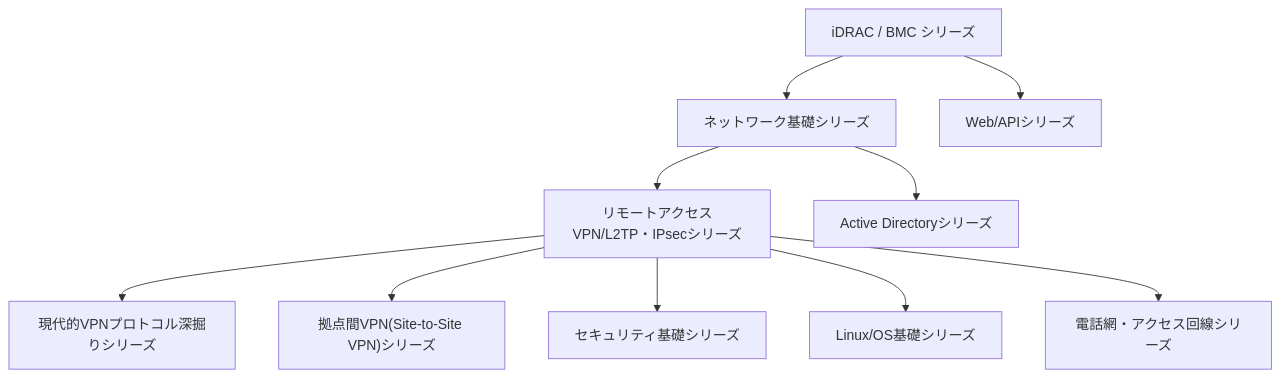
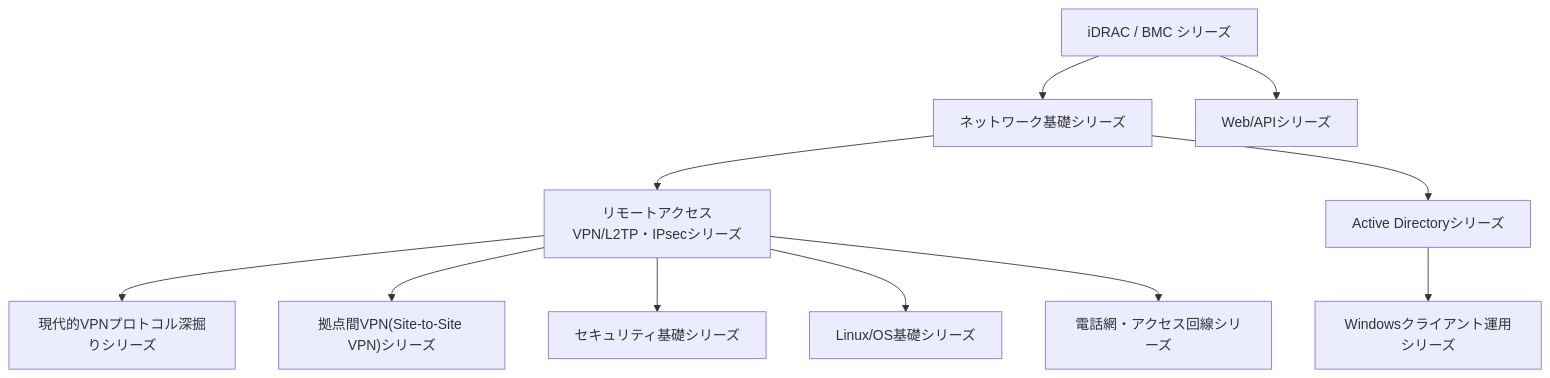
Before and after one commit to koikoi1998/koikoi-blog-20260723: the diagram in src/pages/sitemap.md, drawn with Mermaid. The commit also changed other lines of this file and 7 other files, not shown here.

````diff
--- a/src/pages/sitemap.md
+++ b/src/pages/sitemap.md
@@ -24,23 +24,25 @@
 ```mermaid
 graph TB
     Idrac["iDRAC / BMC シリーズ"]
     Network["ネットワーク基礎シリーズ"]
     Vpn["リモートアクセスVPN/L2TP・IPsecシリーズ"]
     ModernVpn["現代的VPNプロトコル深掘りシリーズ"]
     SiteToSite["拠点間VPN(Site-to-Site VPN)シリーズ"]
     Security["セキュリティ基礎シリーズ"]
     Linux["Linux/OS基礎シリーズ"]
     Telephony["電話網・アクセス回線シリーズ"]
     Api["Web/APIシリーズ"]
     ActiveDirectory["Active Directoryシリーズ"]
+    WindowsClient["Windowsクライアント運用シリーズ"]
 
     Idrac --> Network
     Idrac --> Api
     Network --> Vpn
     Vpn --> ModernVpn
     Vpn --> SiteToSite
     Vpn --> Security
     Vpn --> Linux
     Vpn --> Telephony
     Network --> ActiveDirectory
+    ActiveDirectory --> WindowsClient
 ```
````
